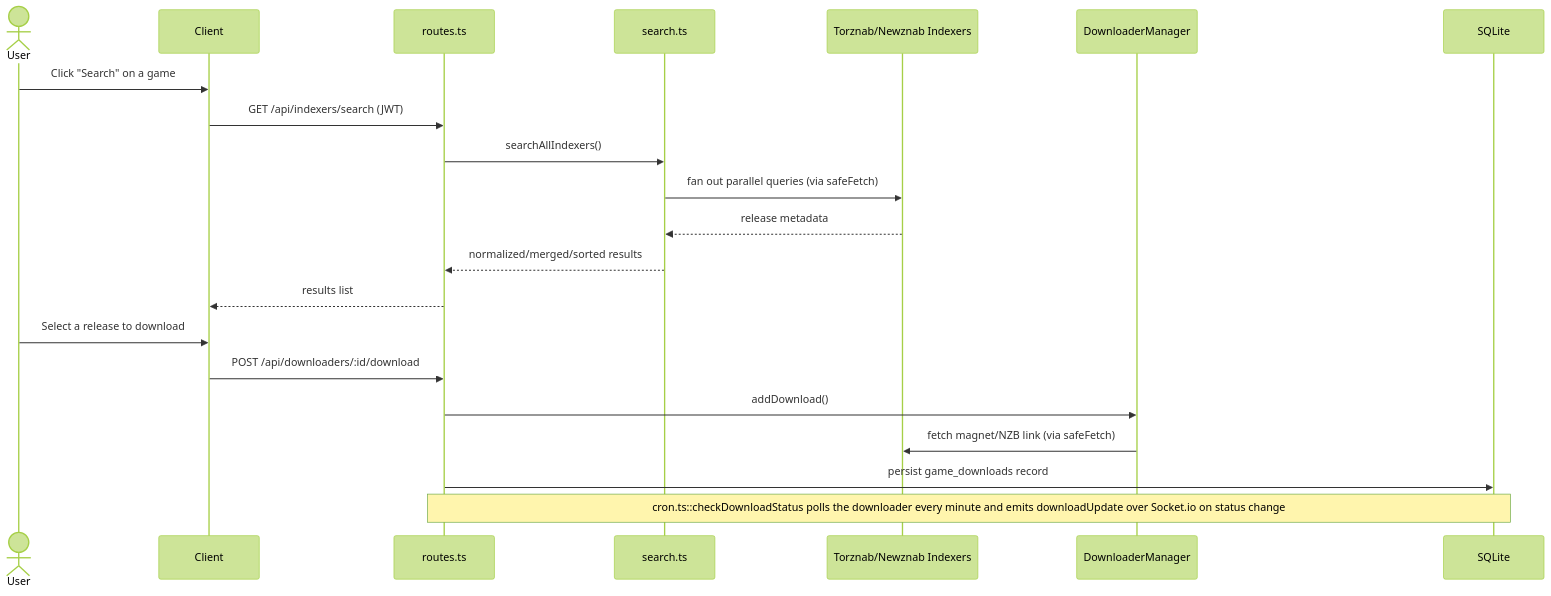
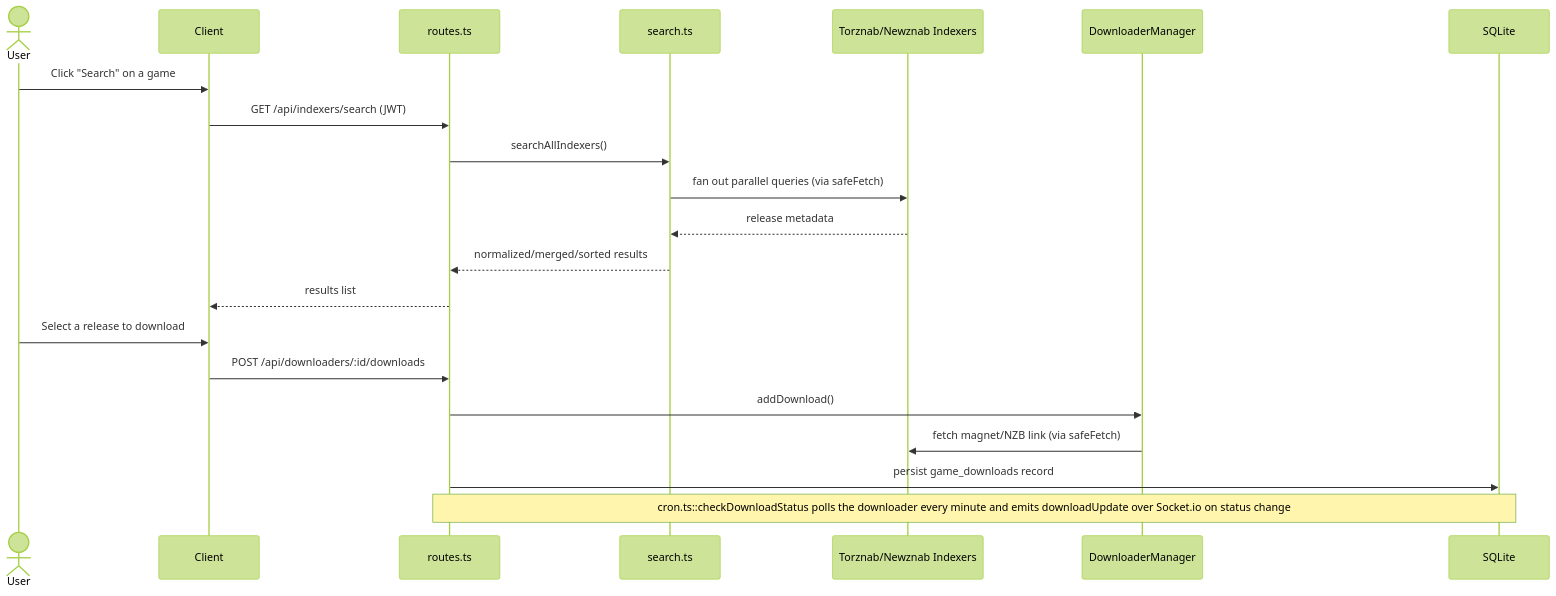
Before and after one commit to Doezer/Questarr: the second of 2 diagrams in docs/ARCHITECTURE.md, drawn with Mermaid (forest theme). The commit also changed 1 other file, not shown here.

Commit message:
Fix documentation inaccuracies found in review
Correct docs/ARCHITECTURE.md's sequence diagram to reference the actual
POST /api/downloaders/:id/downloads route (was missing the trailing "s"),
and clarify in docs/API.md that /api/indexers/search and /api/search
require a JWT in practice since they're registered after the global
/api authenticateToken gate, which runs before optionalAuthenticateToken
ever sees a request.

Claude-Session: https://claude.ai/code/session_014fWkSZYJNieWHsEXAuSzW2

````diff
--- a/docs/ARCHITECTURE.md
+++ b/docs/ARCHITECTURE.md
@@ -133,24 +133,24 @@
 ```mermaid
 sequenceDiagram
     actor U as User
     participant C as Client
     participant R as routes.ts
     participant S as search.ts
     participant I as Torznab/Newznab Indexers
     participant D as DownloaderManager
     participant DB as SQLite
 
     U->>C: Click "Search" on a game
     C->>R: GET /api/indexers/search (JWT)
     R->>S: searchAllIndexers()
     S->>I: fan out parallel queries (via safeFetch)
     I-->>S: release metadata
     S-->>R: normalized/merged/sorted results
     R-->>C: results list
     U->>C: Select a release to download
-    C->>R: POST /api/downloaders/:id/download
+    C->>R: POST /api/downloaders/:id/downloads
     R->>D: addDownload()
     D->>I: fetch magnet/NZB link (via safeFetch)
     R->>DB: persist game_downloads record
     Note over R,DB: cron.ts::checkDownloadStatus polls the downloader every minute and emits downloadUpdate over Socket.io on status change
 ```
````
